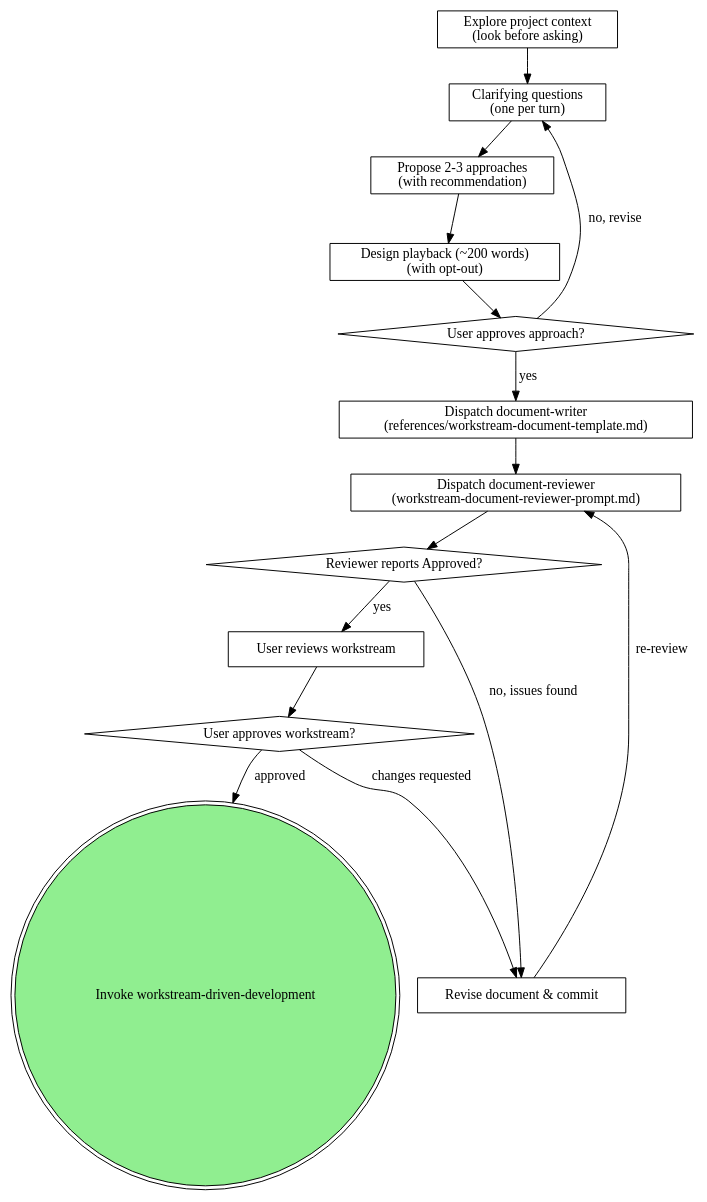
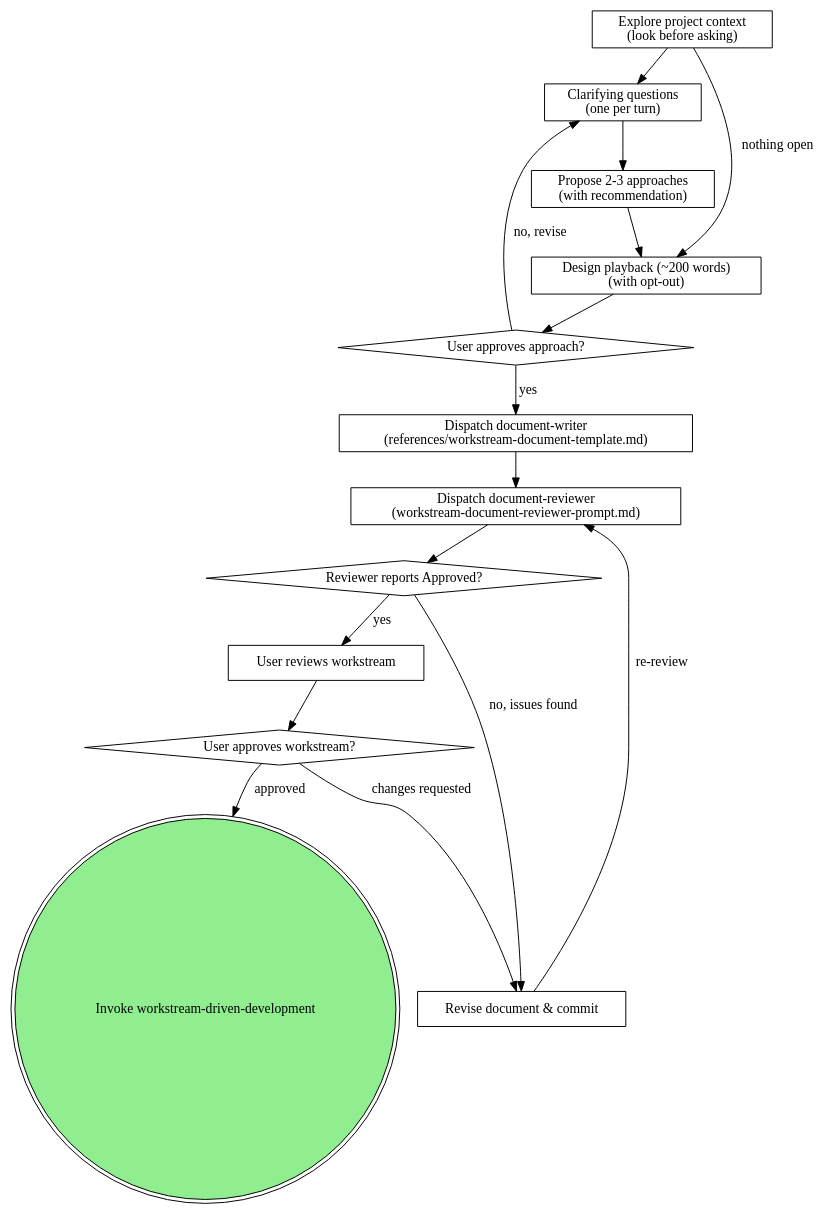
Before and after one commit to dtbndr/solopowers: the diagram in skills/workstream-brainstorming/SKILL.md, drawn with Graphviz. The commit also changed other lines of this file, not shown here.

````diff
--- a/skills/workstream-brainstorming/SKILL.md
+++ b/skills/workstream-brainstorming/SKILL.md
@@ -87,31 +91,32 @@
 ```dot
 digraph workstream_brainstorming {
     "Explore project context\n(look before asking)" [shape=box];
     "Clarifying questions\n(one per turn)" [shape=box];
     "Propose 2-3 approaches\n(with recommendation)" [shape=box];
     "Design playback (~200 words)\n(with opt-out)" [shape=box];
     "User approves approach?" [shape=diamond];
     "Dispatch document-writer\n(references/workstream-document-template.md)" [shape=box];
     "Dispatch document-reviewer\n(workstream-document-reviewer-prompt.md)" [shape=box];
     "Reviewer reports Approved?" [shape=diamond];
     "Revise document & commit" [shape=box];
     "User reviews workstream" [shape=box];
     "User approves workstream?" [shape=diamond];
     "Invoke workstream-driven-development" [shape=doublecircle style=filled fillcolor=lightgreen];
 
     "Explore project context\n(look before asking)" -> "Clarifying questions\n(one per turn)";
+    "Explore project context\n(look before asking)" -> "Design playback (~200 words)\n(with opt-out)" [label="nothing open"];
     "Clarifying questions\n(one per turn)" -> "Propose 2-3 approaches\n(with recommendation)";
     "Propose 2-3 approaches\n(with recommendation)" -> "Design playback (~200 words)\n(with opt-out)";
     "Design playback (~200 words)\n(with opt-out)" -> "User approves approach?";
     "User approves approach?" -> "Clarifying questions\n(one per turn)" [label="no, revise"];
     "User approves approach?" -> "Dispatch document-writer\n(references/workstream-document-template.md)" [label="yes"];
     "Dispatch document-writer\n(references/workstream-document-template.md)" -> "Dispatch document-reviewer\n(workstream-document-reviewer-prompt.md)";
     "Dispatch document-reviewer\n(workstream-document-reviewer-prompt.md)" -> "Reviewer reports Approved?";
     "Reviewer reports Approved?" -> "Revise document & commit" [label="no, issues found"];
     "Revise document & commit" -> "Dispatch document-reviewer\n(workstream-document-reviewer-prompt.md)" [label="re-review"];
     "Reviewer reports Approved?" -> "User reviews workstream" [label="yes"];
     "User reviews workstream" -> "User approves workstream?";
     "User approves workstream?" -> "Revise document & commit" [label="changes requested"];
     "User approves workstream?" -> "Invoke workstream-driven-development" [label="approved"];
 }
 ```
````
